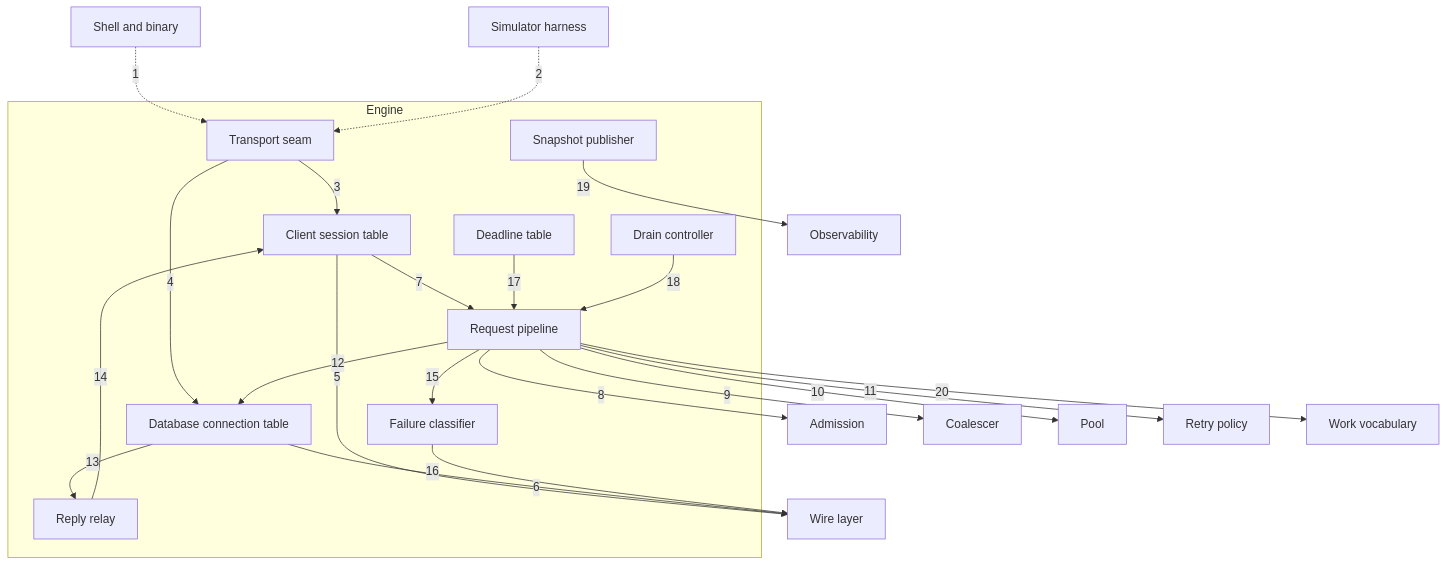
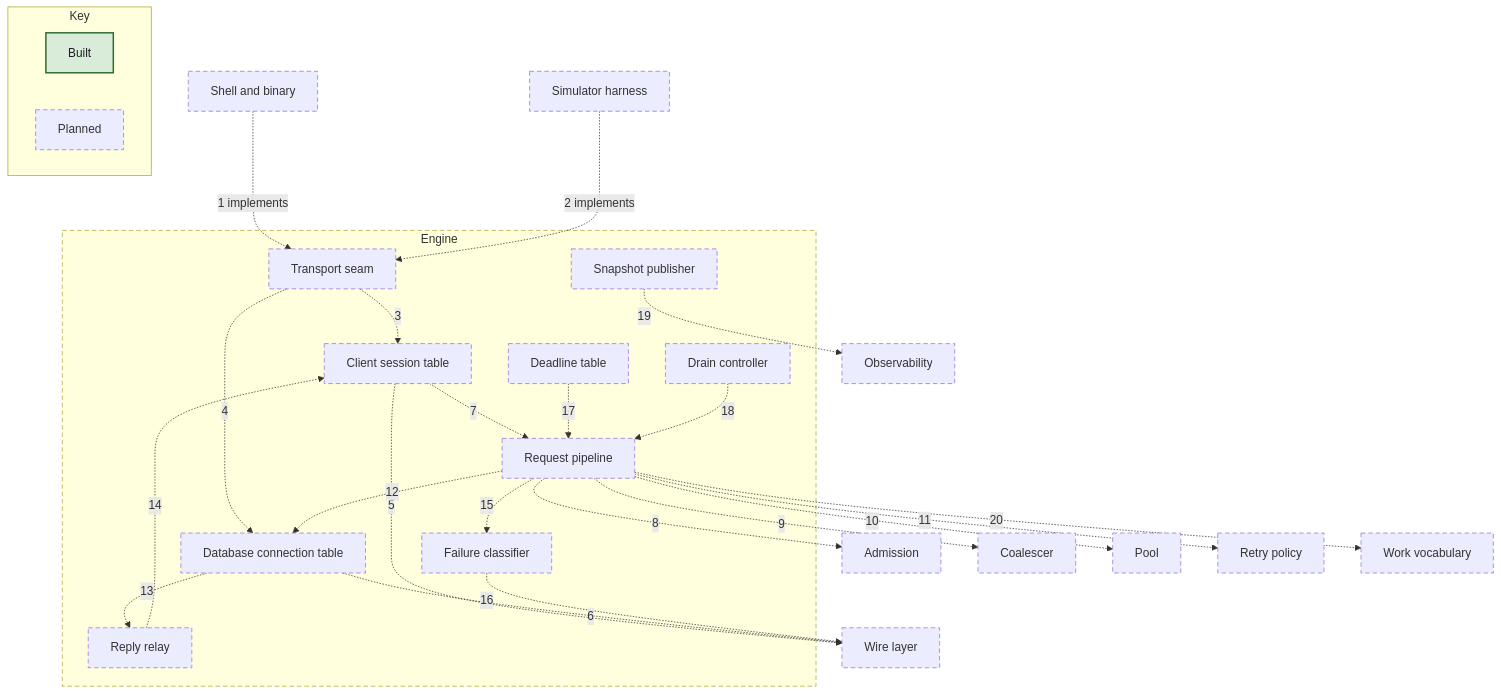
The diagram in docs/c4/05-component-engine.md (nickstrad/mini-gateway), drawn with Mermaid before and after one commit. The commit also changed other lines of this file and 28 other files, not shown here.

First line of the commit message:
c4: add the as-built table and mark what chunks 0-1 built

````diff
--- a/docs/c4/05-component-engine.md
+++ b/docs/c4/05-component-engine.md
@@ -9,43 +9,50 @@
 ```mermaid
 flowchart TB
-  N_SHELL["Shell and binary"]
-  N_SIM["Simulator harness"]
-  N_PGWIRE["Wire layer"]
-  N_ADM["Admission"]
-  N_COAL["Coalescer"]
-  N_POOL["Pool"]
-  N_RETRY["Retry policy"]
-  N_OBS["Observability"]
-  N_WORK["Work vocabulary"]
+  N_SHELL["Shell and binary"]:::planned
+  N_SIM["Simulator harness"]:::planned
+  N_PGWIRE["Wire layer"]:::planned
+  N_ADM["Admission"]:::planned
+  N_COAL["Coalescer"]:::planned
+  N_POOL["Pool"]:::planned
+  N_RETRY["Retry policy"]:::planned
+  N_OBS["Observability"]:::planned
+  N_WORK["Work vocabulary"]:::planned
   subgraph SCOPE["Engine"]
-    E_TRANSPORT["Transport seam"]
-    E_SESSIONS["Client session table"]
-    E_BACKENDS["Database connection table"]
-    E_PIPELINE["Request pipeline"]
-    E_RELAY["Reply relay"]
-    E_FAIL["Failure classifier"]
-    E_CLOCK["Deadline table"]
-    E_DRAIN["Drain controller"]
-    E_PUBLISH["Snapshot publisher"]
+    E_TRANSPORT["Transport seam"]:::planned
+    E_SESSIONS["Client session table"]:::planned
+    E_BACKENDS["Database connection table"]:::planned
+    E_PIPELINE["Request pipeline"]:::planned
+    E_RELAY["Reply relay"]:::planned
+    E_FAIL["Failure classifier"]:::planned
+    E_CLOCK["Deadline table"]:::planned
+    E_DRAIN["Drain controller"]:::planned
+    E_PUBLISH["Snapshot publisher"]:::planned
   end
-  N_SHELL -.->|1| E_TRANSPORT
-  N_SIM -.->|2| E_TRANSPORT
-  E_TRANSPORT -->|3| E_SESSIONS
-  E_TRANSPORT -->|4| E_BACKENDS
-  E_SESSIONS -->|5| N_PGWIRE
-  E_BACKENDS -->|6| N_PGWIRE
-  E_SESSIONS -->|7| E_PIPELINE
-  E_PIPELINE -->|8| N_ADM
-  E_PIPELINE -->|9| N_COAL
-  E_PIPELINE -->|10| N_POOL
-  E_PIPELINE -->|11| N_RETRY
-  E_PIPELINE -->|12| E_BACKENDS
-  E_BACKENDS -->|13| E_RELAY
-  E_RELAY -->|14| E_SESSIONS
-  E_PIPELINE -->|15| E_FAIL
-  E_FAIL -->|16| N_PGWIRE
-  E_CLOCK -->|17| E_PIPELINE
-  E_DRAIN -->|18| E_PIPELINE
-  E_PUBLISH -->|19| N_OBS
-  E_PIPELINE -->|20| N_WORK
+  N_SHELL -.->|1 implements| E_TRANSPORT
+  N_SIM -.->|2 implements| E_TRANSPORT
+  E_TRANSPORT -.->|3| E_SESSIONS
+  E_TRANSPORT -.->|4| E_BACKENDS
+  E_SESSIONS -.->|5| N_PGWIRE
+  E_BACKENDS -.->|6| N_PGWIRE
+  E_SESSIONS -.->|7| E_PIPELINE
+  E_PIPELINE -.->|8| N_ADM
+  E_PIPELINE -.->|9| N_COAL
+  E_PIPELINE -.->|10| N_POOL
+  E_PIPELINE -.->|11| N_RETRY
+  E_PIPELINE -.->|12| E_BACKENDS
+  E_BACKENDS -.->|13| E_RELAY
+  E_RELAY -.->|14| E_SESSIONS
+  E_PIPELINE -.->|15| E_FAIL
+  E_FAIL -.->|16| N_PGWIRE
+  E_CLOCK -.->|17| E_PIPELINE
+  E_DRAIN -.->|18| E_PIPELINE
+  E_PUBLISH -.->|19| N_OBS
+  E_PIPELINE -.->|20| N_WORK
+  subgraph KEY["Key"]
+    KEY_BUILT["Built"]:::built
+    KEY_PLANNED["Planned"]:::planned
+  end
+  classDef built fill:#d9ecd9,stroke:#2e6b34,stroke-width:2px,color:#1c1e21
+  classDef planned stroke-width:1px,stroke-dasharray:6 4
+  style SCOPE stroke-dasharray:6 4
 ```
````
